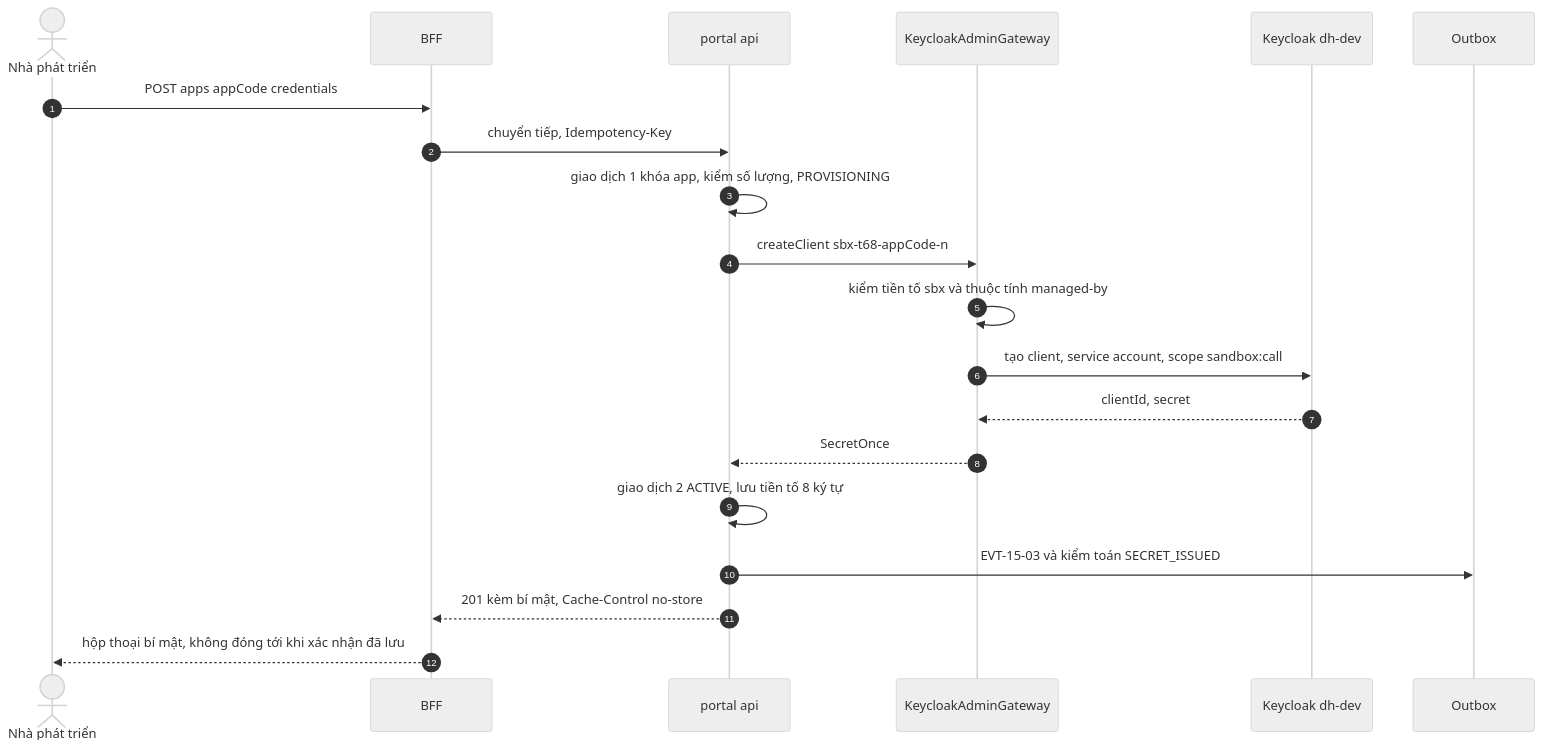
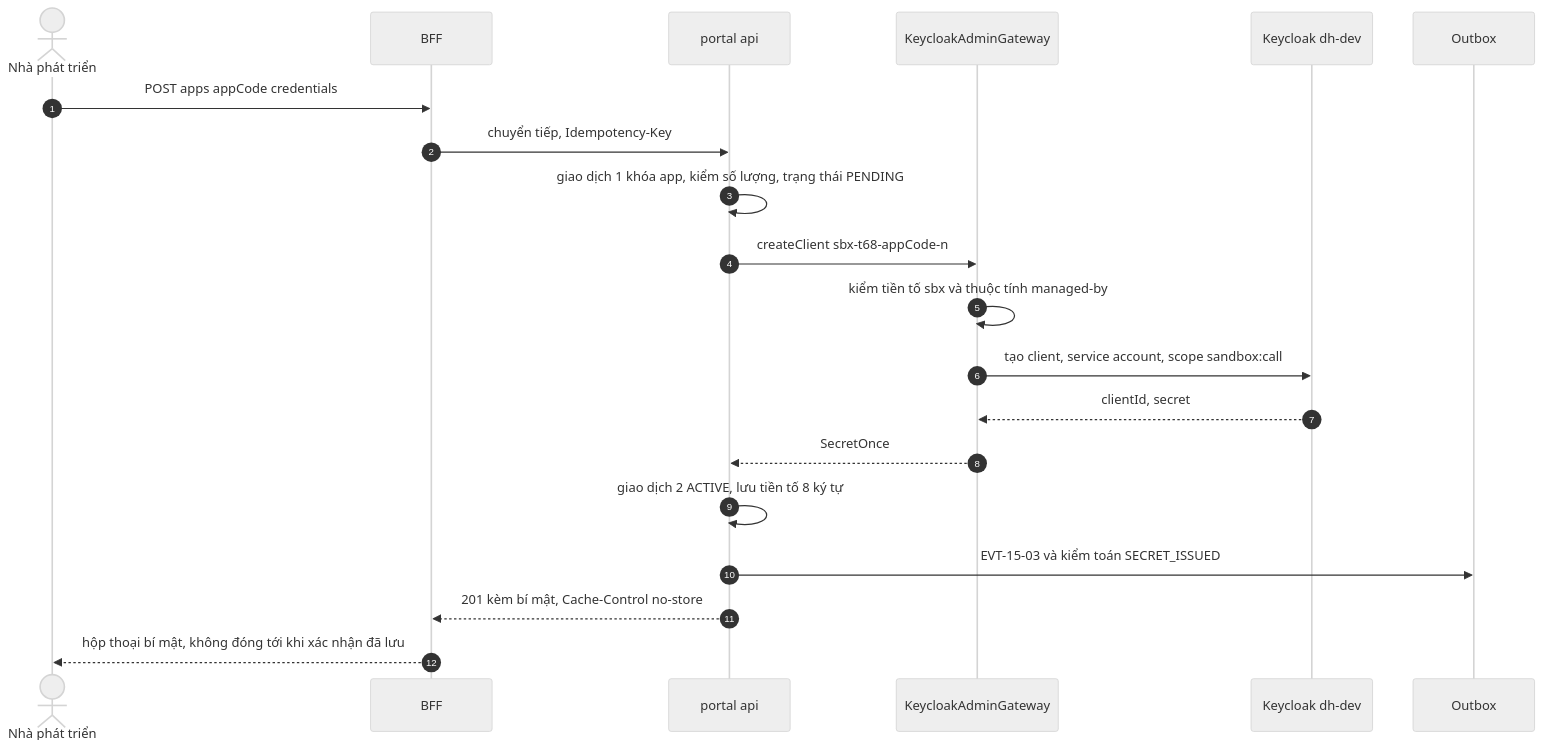
The fifth of 10 diagrams in datahub-docs/03-thiet-ke/sdd/D03-02-PH15-sdd-cong-nha-phat-trien.md (caprocute/DATAHUB), drawn with Mermaid (neutral theme) before and after one commit. The commit also changed other lines of this file and 11 other files, not shown here.

````diff
--- a/datahub-docs/03-thiet-ke/sdd/D03-02-PH15-sdd-cong-nha-phat-trien.md
+++ b/datahub-docs/03-thiet-ke/sdd/D03-02-PH15-sdd-cong-nha-phat-trien.md
@@ -792,22 +792,22 @@
 ```{.mermaid caption="Cấp client_credentials sandbox và hiện bí mật một lần"}
 sequenceDiagram
   autonumber
   actor D as Nhà phát triển
   participant B as BFF
   participant A as portal api
   participant G as KeycloakAdminGateway
   participant K as Keycloak dh-dev
   participant X as Outbox
   D->>B: POST apps appCode credentials
   B->>A: chuyển tiếp, Idempotency-Key
-  A->>A: giao dịch 1 khóa app, kiểm số lượng, PROVISIONING
+  A->>A: giao dịch 1 khóa app, kiểm số lượng, trạng thái PENDING
   A->>G: createClient sbx-t68-appCode-n
   G->>G: kiểm tiền tố sbx và thuộc tính managed-by
   G->>K: tạo client, service account, scope sandbox:call
   K-->>G: clientId, secret
   G-->>A: SecretOnce
   A->>A: giao dịch 2 ACTIVE, lưu tiền tố 8 ký tự
   A->>X: EVT-15-03 và kiểm toán SECRET_ISSUED
   A-->>B: 201 kèm bí mật, Cache-Control no-store
   B-->>D: hộp thoại bí mật, không đóng tới khi xác nhận đã lưu
 ```
````
